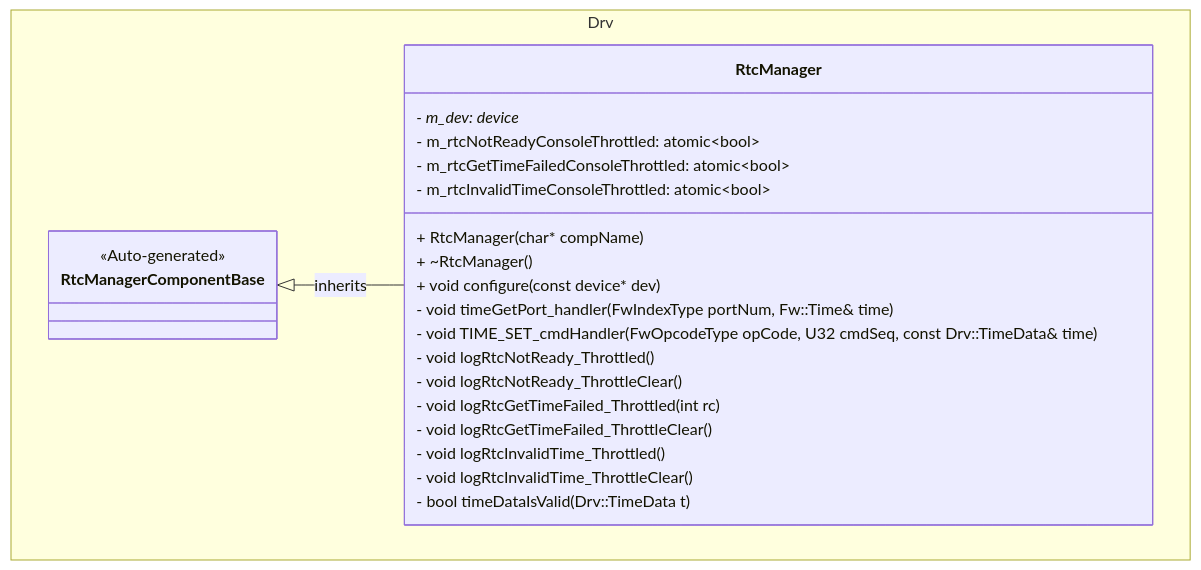
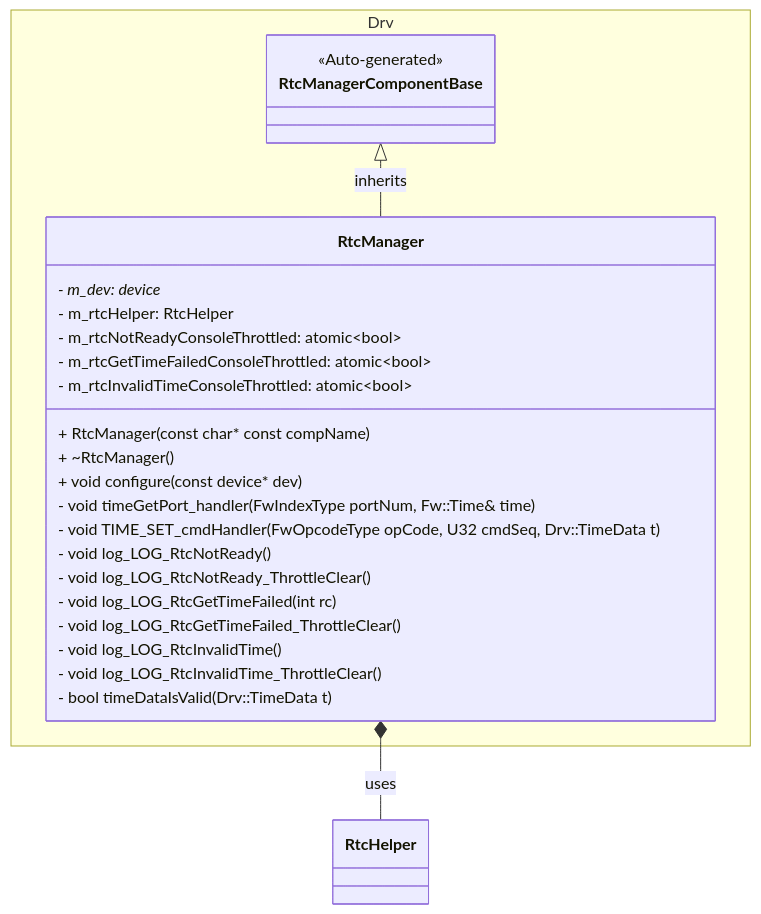
One commit to Open-Source-Space-Foundation/proves-core-reference changed the first of 8 diagrams in PROVESFlightControllerReference/Components/Drv/RtcManager/docs/sdd.md. Above: the diagram before and after it, drawn with Mermaid. The commit also changed other lines of this file and 1 other file, not shown here.

Commit message:
Continuing hardening

````diff
--- a/PROVESFlightControllerReference/Components/Drv/RtcManager/docs/sdd.md
+++ b/PROVESFlightControllerReference/Components/Drv/RtcManager/docs/sdd.md
@@ -93,28 +93,30 @@
 ```mermaid
 classDiagram
     namespace Drv {
         class RtcManagerComponentBase {
             <<Auto-generated>>
         }
         class RtcManager {
             - m_dev: device*
+            - m_rtcHelper: RtcHelper
             - m_rtcNotReadyConsoleThrottled: atomic~bool~
             - m_rtcGetTimeFailedConsoleThrottled: atomic~bool~
             - m_rtcInvalidTimeConsoleThrottled: atomic~bool~
 
-            + RtcManager(char* compName)
+            + RtcManager(const char* const compName)
             + ~RtcManager()
             + void configure(const device* dev)
             - void timeGetPort_handler(FwIndexType portNum, Fw::Time& time)
-            - void TIME_SET_cmdHandler(FwOpcodeType opCode, U32 cmdSeq, const Drv::TimeData& time)
-            - void logRtcNotReady_Throttled()
-            - void logRtcNotReady_ThrottleClear()
-            - void logRtcGetTimeFailed_Throttled(int rc)
-            - void logRtcGetTimeFailed_ThrottleClear()
-            - void logRtcInvalidTime_Throttled()
-            - void logRtcInvalidTime_ThrottleClear()
+            - void TIME_SET_cmdHandler(FwOpcodeType opCode, U32 cmdSeq, Drv::TimeData t)
+            - void log_LOG_RtcNotReady()
+            - void log_LOG_RtcNotReady_ThrottleClear()
+            - void log_LOG_RtcGetTimeFailed(int rc)
+            - void log_LOG_RtcGetTimeFailed_ThrottleClear()
+            - void log_LOG_RtcInvalidTime()
+            - void log_LOG_RtcInvalidTime_ThrottleClear()
             - bool timeDataIsValid(Drv::TimeData t)
         }
     }
     RtcManagerComponentBase <|-- RtcManager : inherits
+    RtcManager *-- RtcHelper : uses
 ```
````
